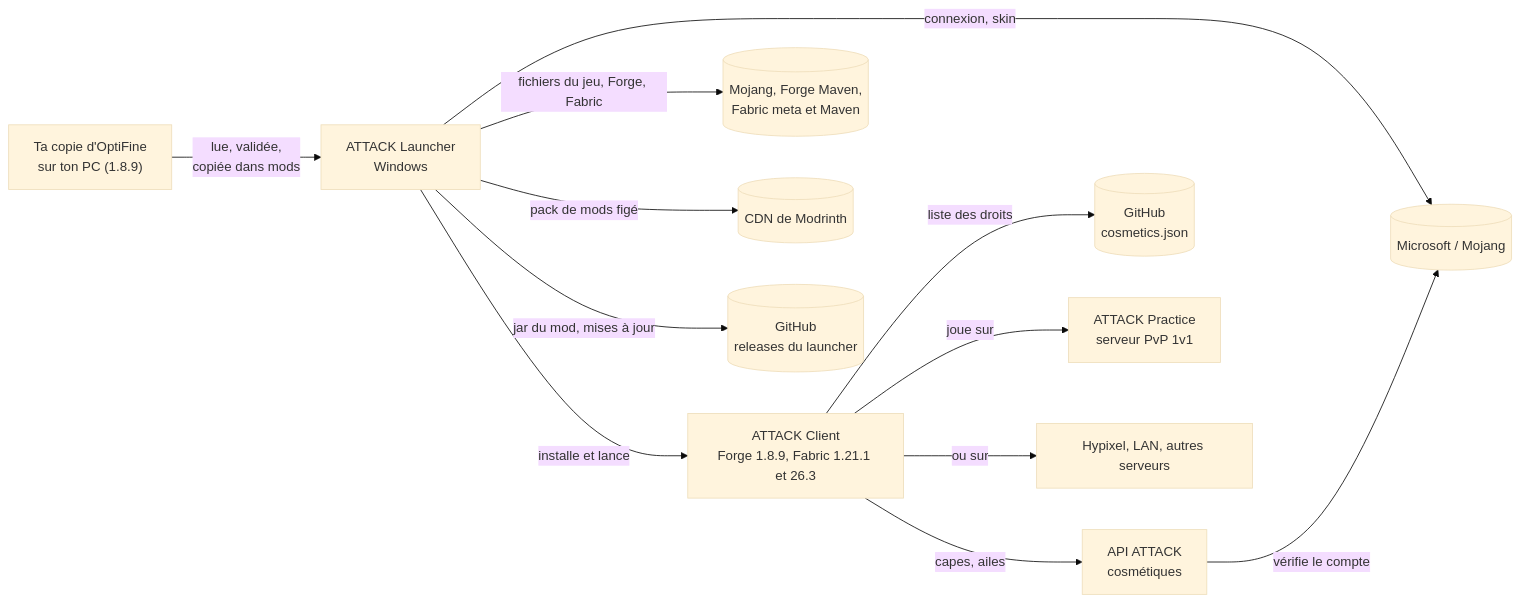
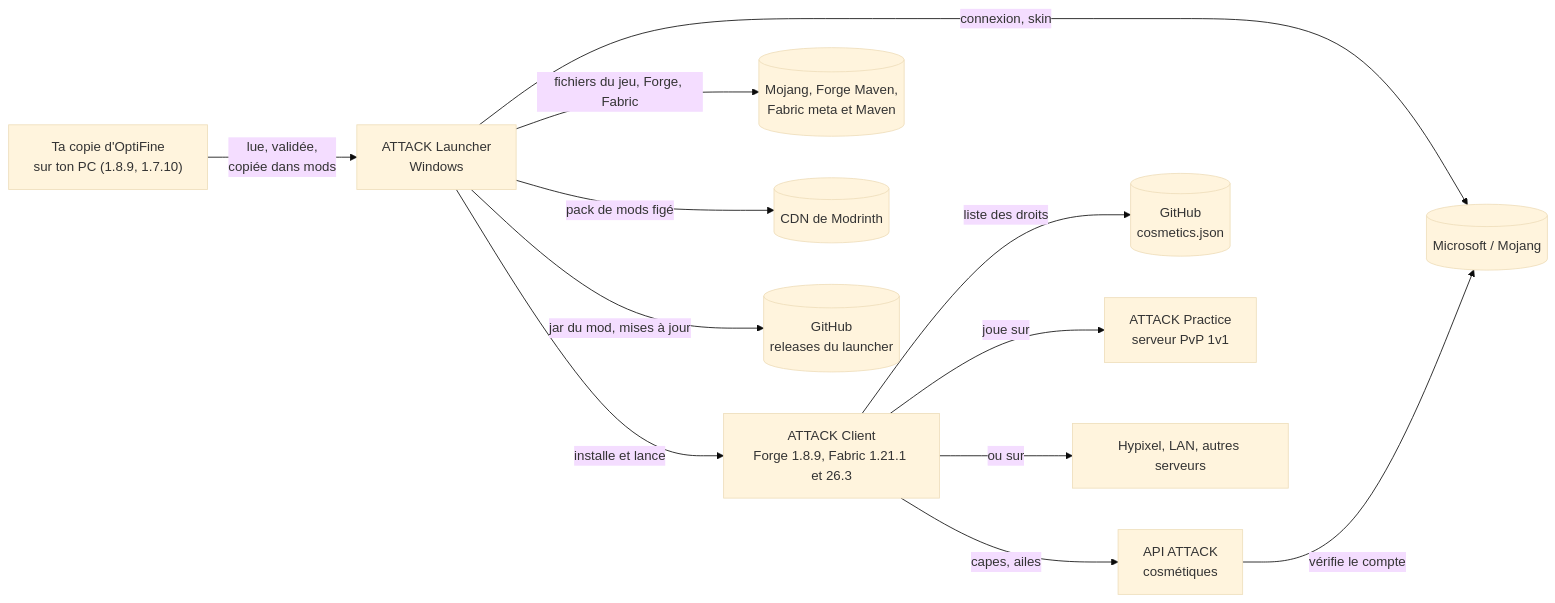
Before and after one commit to 7ShIkI3/attack-launcher: the diagram in README.md, drawn with Mermaid (base theme). The commit also changed other lines of this file and 9 other files, not shown here.

First line of the commit message:
docs: OptiFine en 1.7.10 sur le site, le README et le wiki (specs par version, assistants par profil, mod 1.1.0, variante de publication)

````diff
--- a/README.md
+++ b/README.md
@@ -147,14 +154,14 @@
 ```mermaid
 flowchart LR
   L["ATTACK Launcher<br>Windows"] -->|"installe et lance"| C["ATTACK Client<br>Forge 1.8.9, Fabric 1.21.1 et 26.3"]
   L -->|"connexion, skin"| M[("Microsoft / Mojang")]
   L -->|"fichiers du jeu, Forge, Fabric"| D[("Mojang, Forge Maven,<br>Fabric meta et Maven")]
   L -->|"pack de mods figé"| O[("CDN de Modrinth")]
   L -->|"jar du mod, mises à jour"| R[("GitHub<br>releases du launcher")]
-  F["Ta copie d'OptiFine<br>sur ton PC (1.8.9)"] -->|"lue, validée,<br>copiée dans mods"| L
+  F["Ta copie d'OptiFine<br>sur ton PC (1.8.9, 1.7.10)"] -->|"lue, validée,<br>copiée dans mods"| L
   C -->|"capes, ailes"| A["API ATTACK<br>cosmétiques"]
   A -->|"vérifie le compte"| M
   C -->|"liste des droits"| G[("GitHub<br>cosmetics.json")]
   C -->|"joue sur"| P["ATTACK Practice<br>serveur PvP 1v1"]
   C -->|"ou sur"| S["Hypixel, LAN, autres serveurs"]
 ```
````
